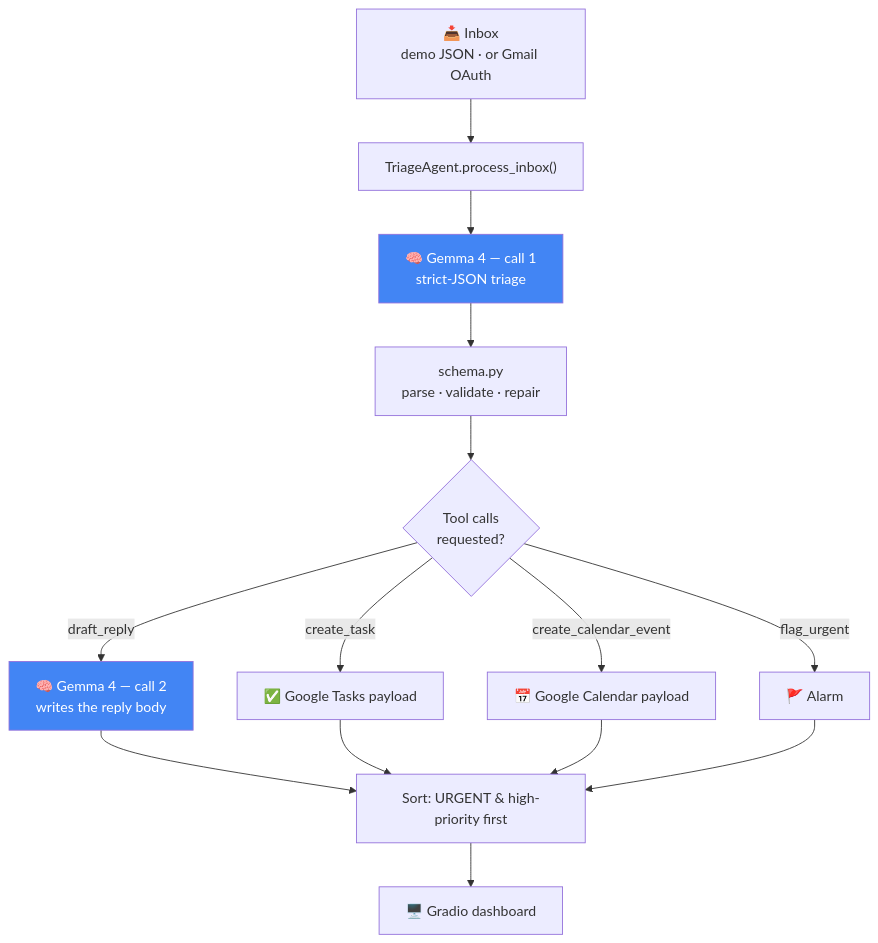
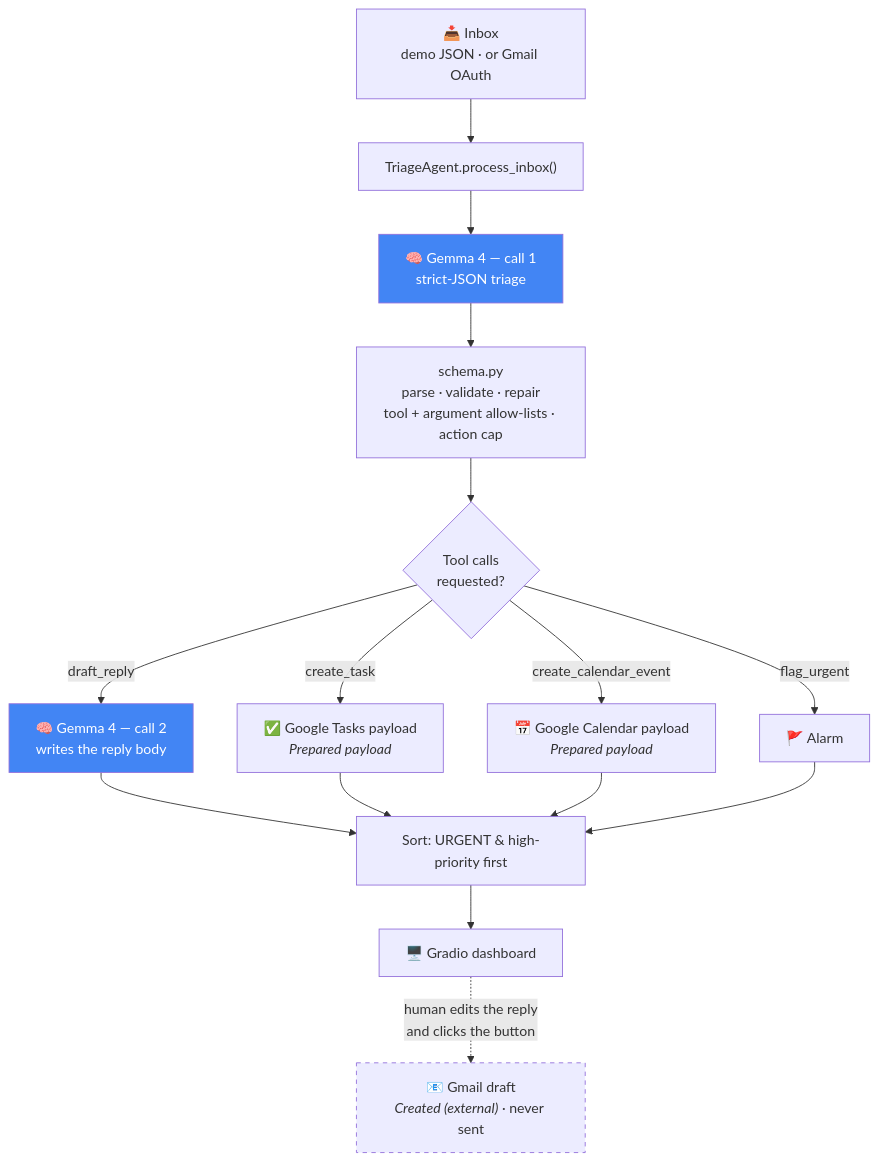
The diagram in README.md (Zarethustra-code/gemma-triage), drawn with Mermaid before and after one commit. The commit also changed other lines of this file and 20 other files, not shown here.

````diff
--- a/README.md
+++ b/README.md
@@ -136,19 +162,21 @@
 ```mermaid
 flowchart TD
     A["📥 Inbox<br/>demo JSON · or Gmail OAuth"] --> B["TriageAgent.process_inbox()"]
     B --> C["🧠 Gemma 4 — call 1<br/>strict-JSON triage"]
-    C --> D["schema.py<br/>parse · validate · repair"]
+    C --> D["schema.py<br/>parse · validate · repair<br/>tool + argument allow-lists · action cap"]
     D --> E{"Tool calls<br/>requested?"}
     E -- draft_reply --> F["🧠 Gemma 4 — call 2<br/>writes the reply body"]
-    E -- create_task --> G["✅ Google Tasks payload"]
-    E -- create_calendar_event --> H["📅 Google Calendar payload"]
+    E -- create_task --> G["✅ Google Tasks payload<br/><i>Prepared payload</i>"]
+    E -- create_calendar_event --> H["📅 Google Calendar payload<br/><i>Prepared payload</i>"]
     E -- flag_urgent --> I["🚩 Alarm"]
     F --> J["Sort: URGENT & high-priority first"]
     G --> J
     H --> J
     I --> J
     J --> K["🖥️ Gradio dashboard"]
+    K -. "human edits the reply<br/>and clicks the button" .-> L["📧 Gmail draft<br/><i>Created (external)</i> · never sent"]
 
     style C fill:#4285f4,color:#fff
     style F fill:#4285f4,color:#fff
+    style L stroke-dasharray: 5 5
 ```
````
